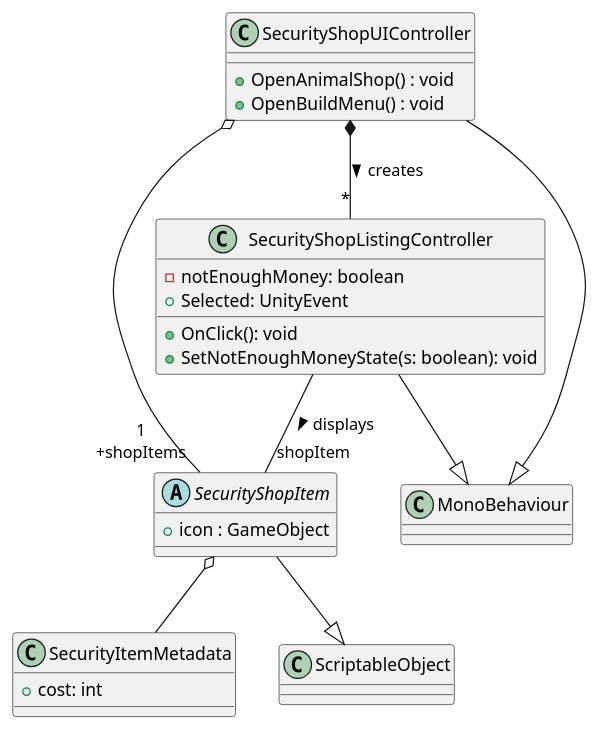
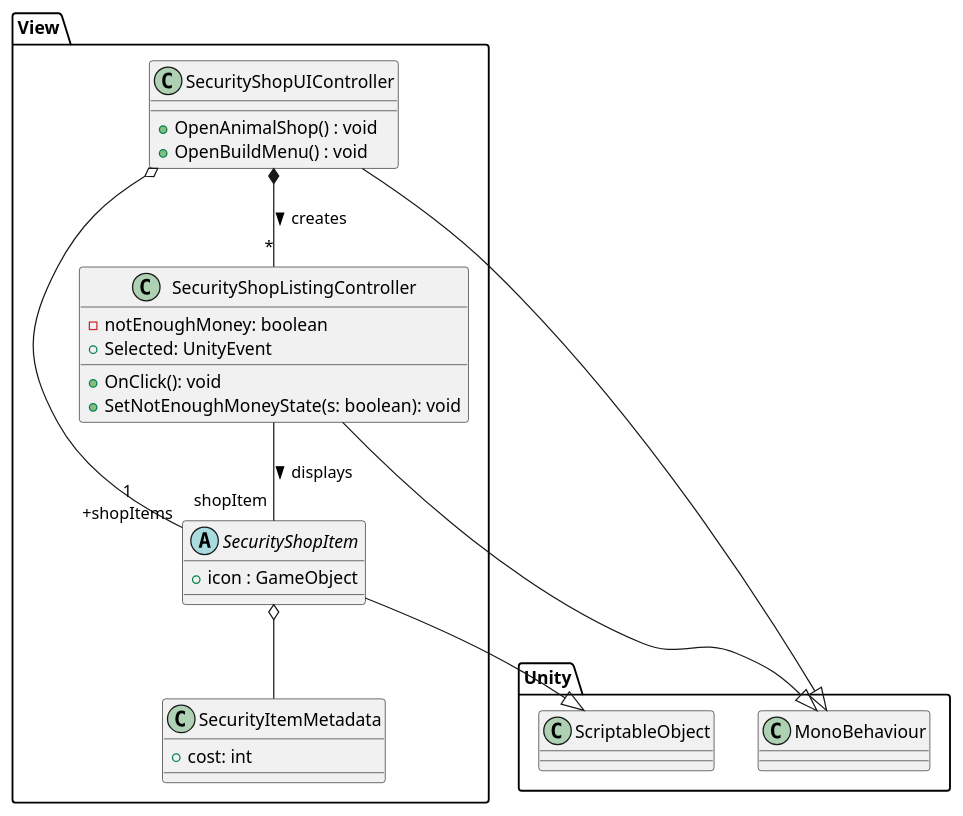
Before and after one commit to Peter-Balint/SafariGame: the diagram in view/security-shop.plantuml, drawn with PlantUML. The commit also changed 9 other files, not shown here.

Commit message:
added namespaces to smaller diagrams for connections

```diff
--- a/view/security-shop.plantuml
+++ b/view/security-shop.plantuml
@@ -1,35 +1,38 @@
 @startuml security_shop
-
+namespace View{
 class SecurityShopUIController{
     + OpenAnimalShop() : void
     + OpenBuildMenu() : void
 }
 
 class SecurityShopListingController{
     -notEnoughMoney: boolean
     +Selected: UnityEvent
     +OnClick(): void
     +SetNotEnoughMoneyState(s: boolean): void
 }
 
 abstract class SecurityShopItem{
     + icon : GameObject
 }
 
 class SecurityItemMetadata{
     +cost: int
 }
+}
+Class Unity.MonoBehaviour{}
+Class Unity.ScriptableObject{}
 
 SecurityShopItem --|> ScriptableObject
 SecurityShopUIController --|> MonoBehaviour
 SecurityShopListingController --|> MonoBehaviour
 
 SecurityShopUIController  o-- "1\n+shopItems" SecurityShopItem
 
 SecurityShopUIController *-- "*" SecurityShopListingController : creates >
 
 SecurityShopListingController -- "shopItem" SecurityShopItem : displays >
 
 
 SecurityShopItem o-- SecurityItemMetadata
 @enduml
```
